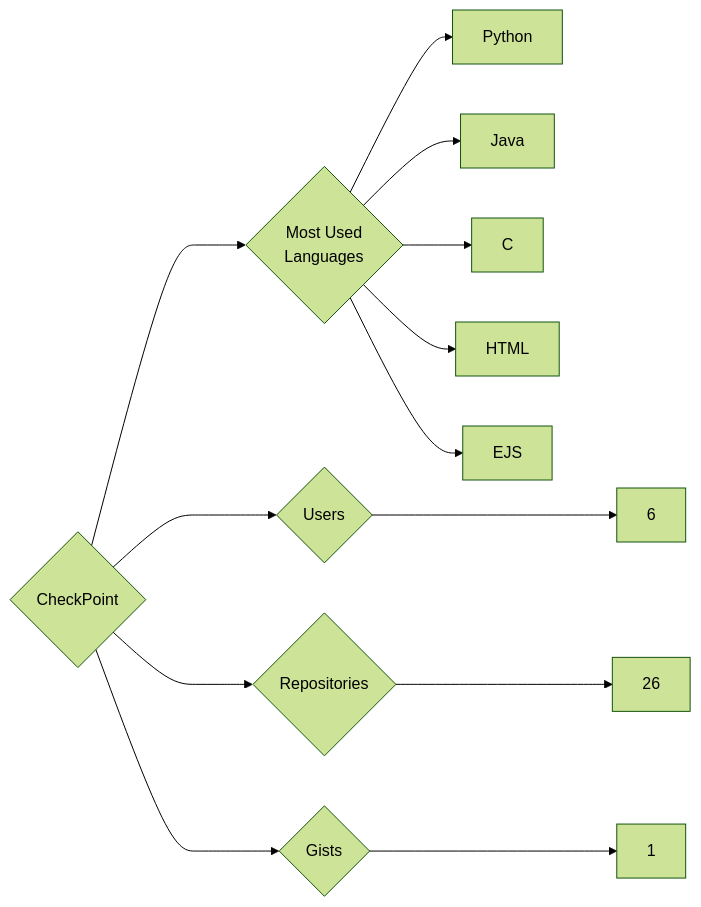
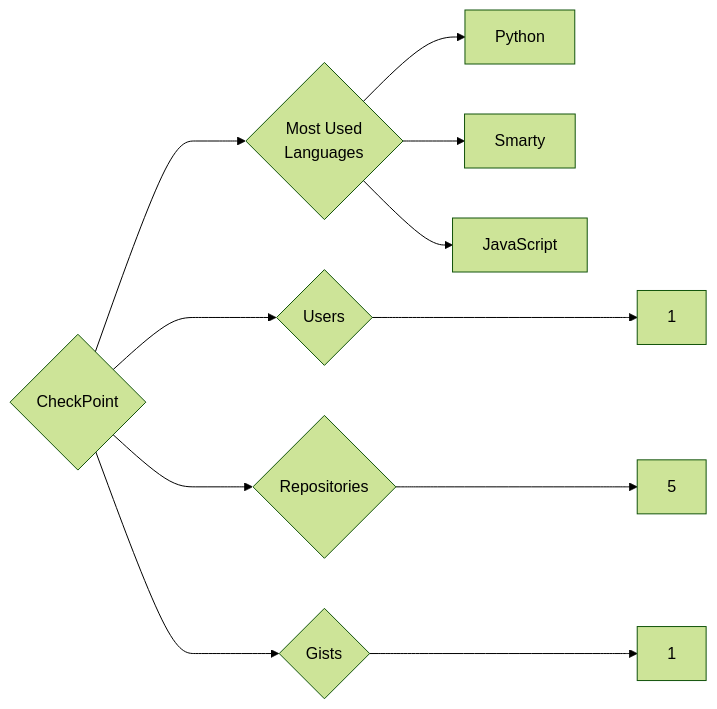
One commit to trickest/insiders changed the diagram in targets/CheckPoint/README.md. Above: the diagram before and after it, drawn with Mermaid (forest theme). The commit also changed 676 other files, not shown here.

````diff
--- a/targets/CheckPoint/README.md
+++ b/targets/CheckPoint/README.md
@@ -3,13 +3,11 @@
 ```mermaid
 graph LR
 COMPANY_NAME{CheckPoint}
-COMPANY_NAME ---> U{Users} ---> UN[6]
-COMPANY_NAME ---> R{Repositories} ---> RN[26]
+COMPANY_NAME ---> U{Users} ---> UN[1]
+COMPANY_NAME ---> R{Repositories} ---> RN[5]
 COMPANY_NAME ---> G{Gists} ---> GN[1]
 COMPANY_NAME ---> ML{Most Used<br>Languages}
 ML --> Python[Python]
-ML --> Java[Java]
-ML --> C[C]
-ML --> HTML[HTML]
-ML --> EJS[EJS]
+ML --> Smarty[Smarty]
+ML --> JavaScript[JavaScript]
 ```
````
